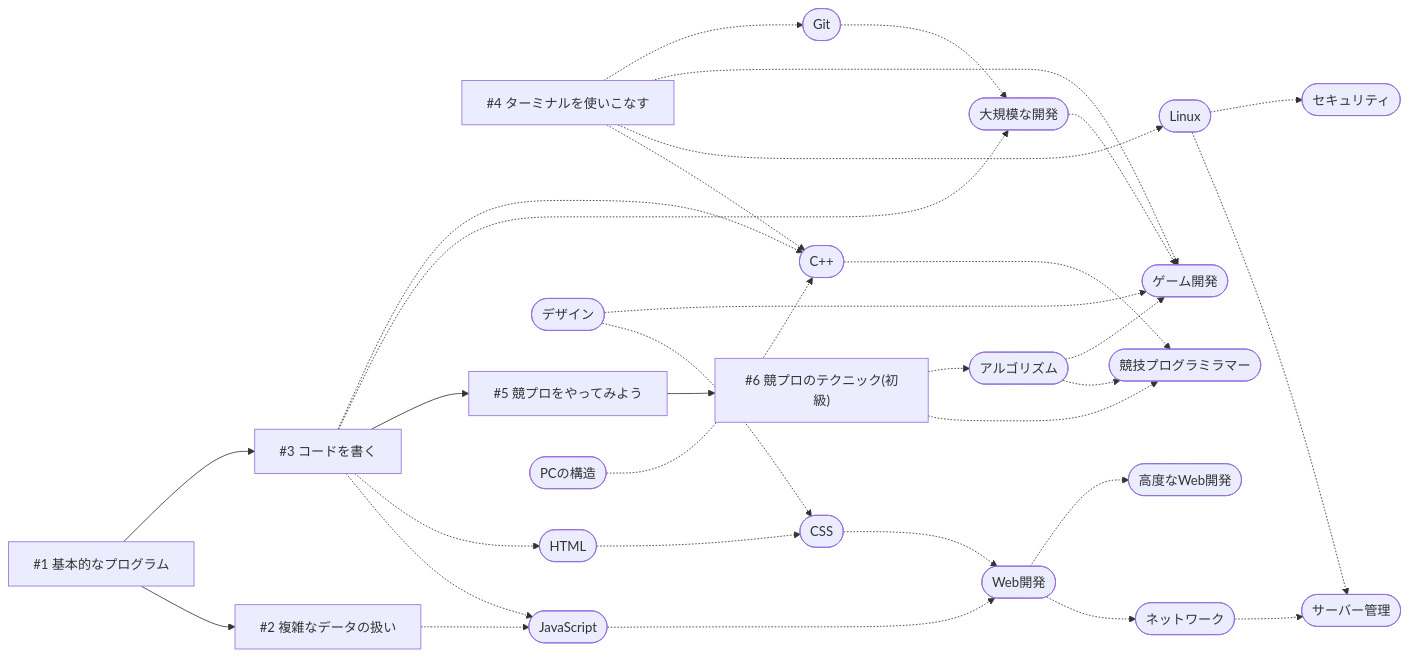
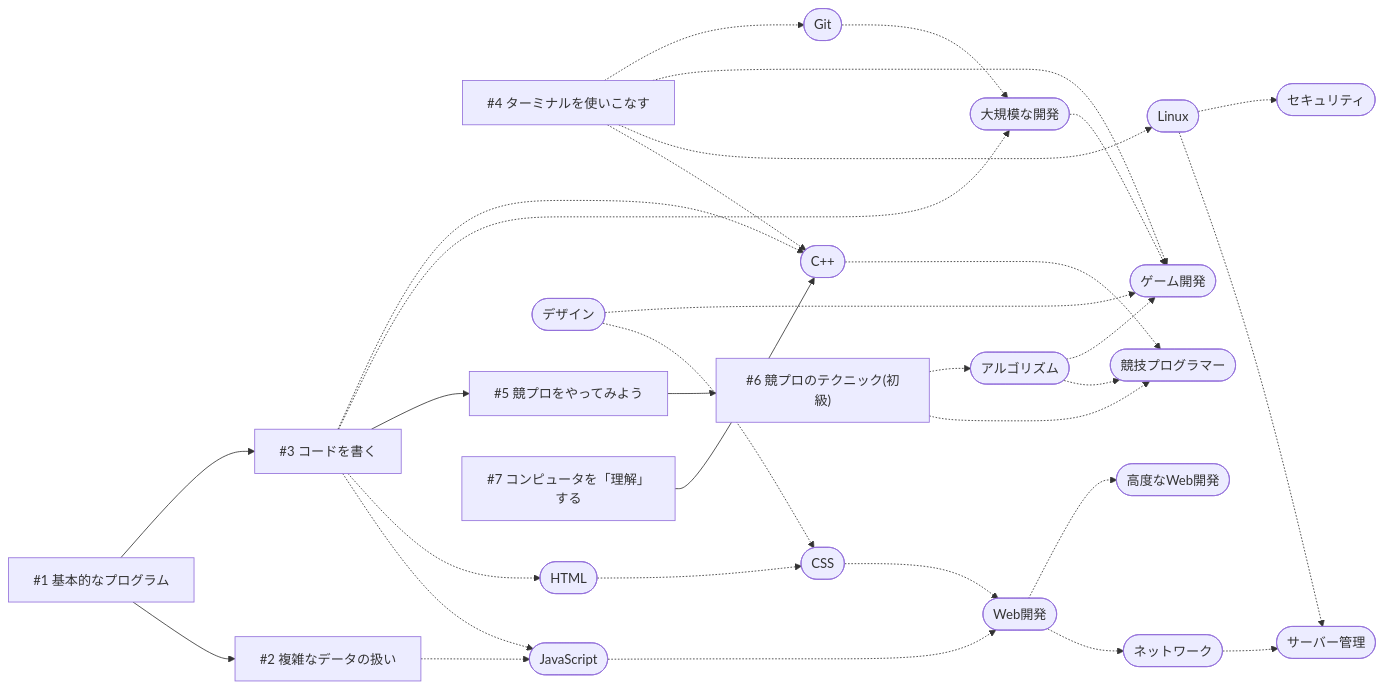
Before and after one commit to Koyo-PC/Guide-For-Members: the diagram in index.md, drawn with Mermaid. The commit also changed other lines of this file, not shown here.

````diff
--- a/index.md
+++ b/index.md
@@ -64,36 +65,36 @@
 ```mermaid
 flowchart LR
 #1[#1 基本的なプログラム] --> #2[#2 複雑なデータの扱い]
 #1 --> #3[#3 コードを書く]
 #4[#4 ターミナルを使いこなす]
 #2 -.-> JS([JavaScript])
 %% #2 --> #5
 #3 -.-> JS
 #3 -.-> HTML([HTML])
 Design([デザイン]) -.-> CSS([CSS])
 HTML -.-> CSS
 CSS -.-> Web([Web開発])
 JS -.-> Web
 Web -.-> Net([ネットワーク])
 Net -.-> Server([サーバー管理])
 Web -.-> HardWeb([高度なWeb開発])
 #3 --> #5[#5 競プロをやってみよう]
 #5 --> #6["#6 競プロのテクニック(初級)"]
-#6 -.-> 競プロer([競技プログラミラマー])
+#6 -.-> 競プロer([競技プログラマー])
 Algo([アルゴリズム]) -.-> 競プロer
 #6 -.-> Algo
-Computer([PCの構造]) -.-> C++([C++])
+#7["#7 コンピュータを「理解」する"] --> C++([C++])
 C++ -.-> 競プロer
 #4 -.-> C++
 #4 -.-> Linux([Linux])
 Linux -.-> Server
 Linux -.-> Hacking([セキュリティ])
 Design -.-> Game([ゲーム開発])
 Algo -.-> Game
 #4 -.-> Game
 #4 -.-> Git([Git])
 #3 -.-> Project([大規模な開発])
 Git -.-> Project
 Project -.-> Game
 #3 -.-> C++
 ```
````
